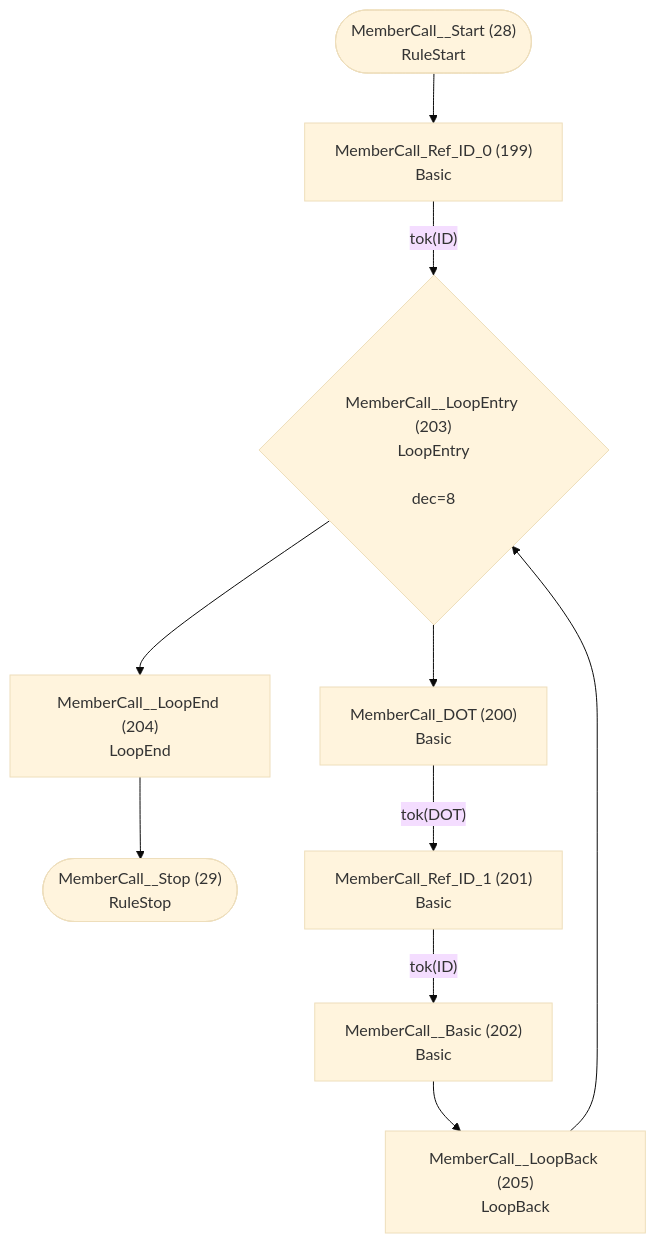
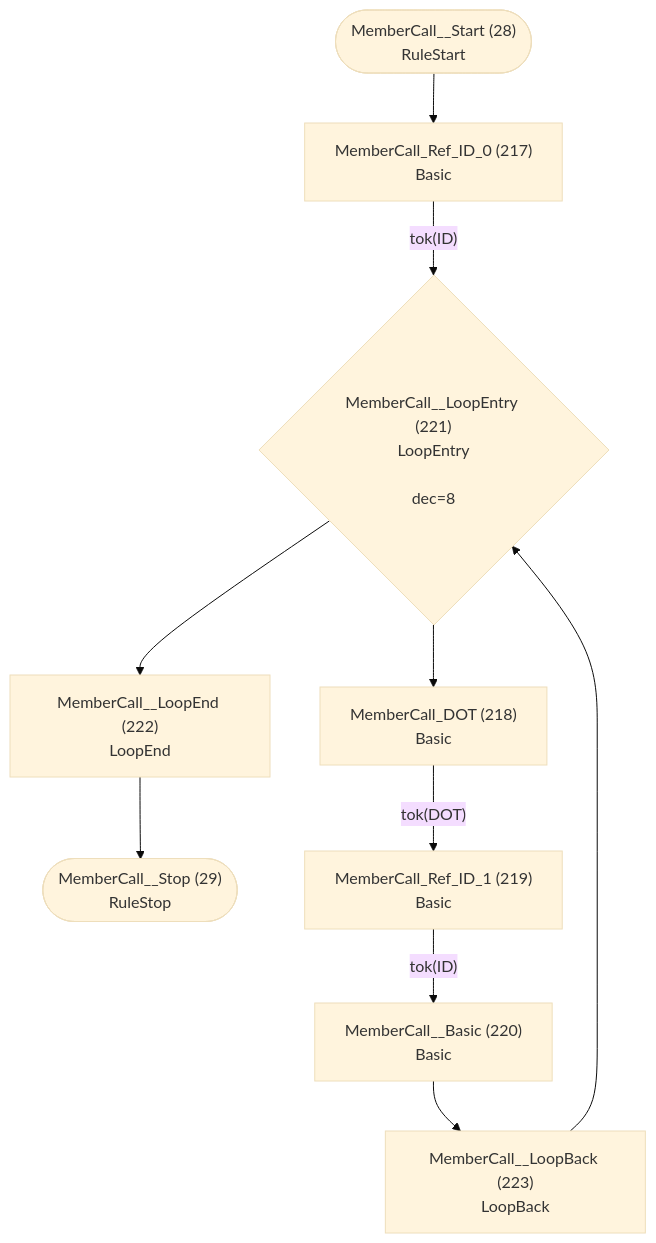
Before and after one commit to TypeFox/fastbelt: diagram 15 of 46 in internal/languages/completion/atn.md, drawn with Mermaid (base theme). The commit also changed other lines of this file and 41 other files, not shown here.

````diff
--- a/internal/languages/completion/atn.md
+++ b/internal/languages/completion/atn.md
@@ -410,22 +430,22 @@
 ```mermaid
 flowchart TD
     q28(["MemberCall__Start (28)<br/>RuleStart"])
     q29(["MemberCall__Stop (29)<br/>RuleStop"])
-    q199["MemberCall_Ref_ID_0 (199)<br/>Basic<br/>"]
-    q200["MemberCall_DOT (200)<br/>Basic<br/>"]
-    q201["MemberCall_Ref_ID_1 (201)<br/>Basic<br/>"]
-    q202["MemberCall__Basic (202)<br/>Basic<br/>"]
-    q203{"MemberCall__LoopEntry (203)<br/>LoopEntry<br/><br/>dec=8"}
-    q204["MemberCall__LoopEnd (204)<br/>LoopEnd<br/>"]
-    q205["MemberCall__LoopBack (205)<br/>LoopBack<br/>"]
+    q217["MemberCall_Ref_ID_0 (217)<br/>Basic<br/>"]
+    q218["MemberCall_DOT (218)<br/>Basic<br/>"]
+    q219["MemberCall_Ref_ID_1 (219)<br/>Basic<br/>"]
+    q220["MemberCall__Basic (220)<br/>Basic<br/>"]
+    q221{"MemberCall__LoopEntry (221)<br/>LoopEntry<br/><br/>dec=8"}
+    q222["MemberCall__LoopEnd (222)<br/>LoopEnd<br/>"]
+    q223["MemberCall__LoopBack (223)<br/>LoopBack<br/>"]
 
-    q28 --> q199
-    q199 -->|"tok(ID)"| q203
-    q200 -->|"tok(DOT)"| q201
-    q201 -->|"tok(ID)"| q202
-    q202 --> q205
-    q203 --> q200
-    q203 --> q204
-    q204 --> q29
-    q205 --> q203
+    q28 --> q217
+    q217 -->|"tok(ID)"| q221
+    q218 -->|"tok(DOT)"| q219
+    q219 -->|"tok(ID)"| q220
+    q220 --> q223
+    q221 --> q218
+    q221 --> q222
+    q222 --> q29
+    q223 --> q221
 ```
````
